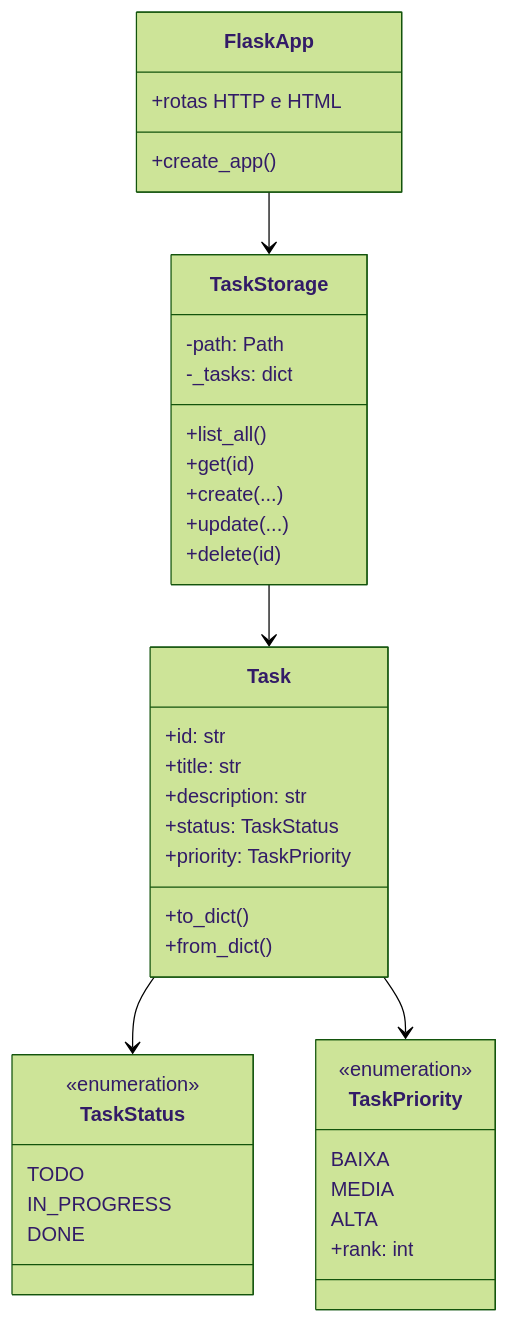
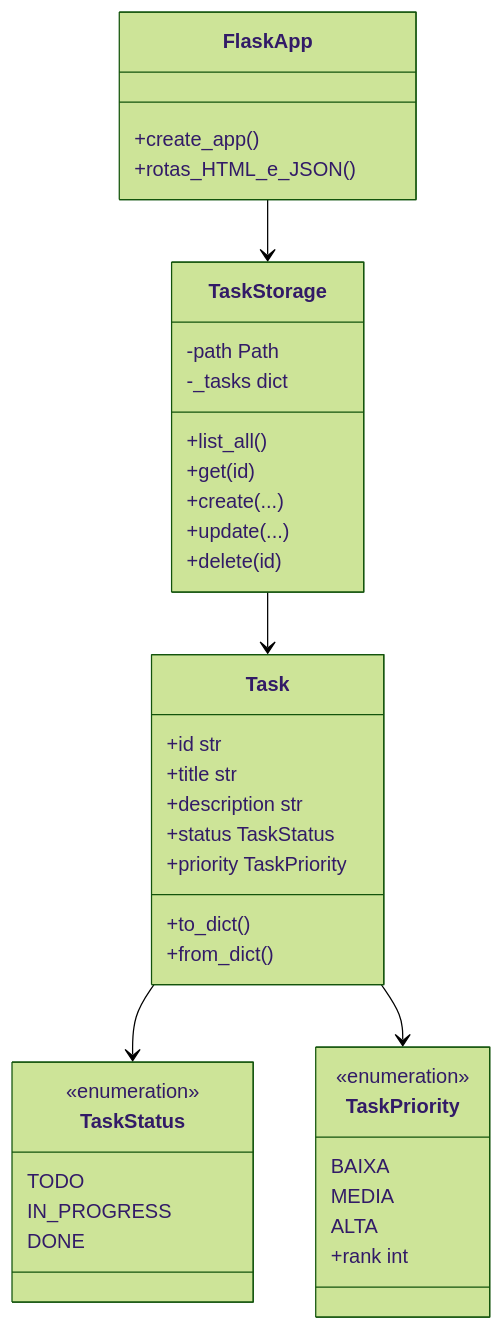
One commit to DevDaniloOliveira/TrabalhoTechFlow changed the second of 2 diagrams in docs/parte-teorica.md. Above: the diagram before and after it, drawn with Mermaid (forest theme). The commit also changed other lines of this file and 4 other files, not shown here.

````diff
--- a/docs/parte-teorica.md
+++ b/docs/parte-teorica.md
@@ -83,42 +116,42 @@
 ```mermaid
 classDiagram
   class TaskStatus {
     <<enumeration>>
     TODO
     IN_PROGRESS
     DONE
   }
   class TaskPriority {
     <<enumeration>>
     BAIXA
     MEDIA
     ALTA
-    +rank: int
+    +rank int
   }
   class Task {
-    +id: str
-    +title: str
-    +description: str
-    +status: TaskStatus
-    +priority: TaskPriority
+    +id str
+    +title str
+    +description str
+    +status TaskStatus
+    +priority TaskPriority
     +to_dict()
     +from_dict()
   }
   class TaskStorage {
-    -path: Path
-    -_tasks: dict
+    -path Path
+    -_tasks dict
     +list_all()
     +get(id)
     +create(...)
     +update(...)
     +delete(id)
   }
   class FlaskApp {
     +create_app()
-    +rotas HTTP e HTML
+    +rotas_HTML_e_JSON()
   }
   Task --> TaskStatus
   Task --> TaskPriority
   TaskStorage --> Task
   FlaskApp --> TaskStorage
 ```
````
